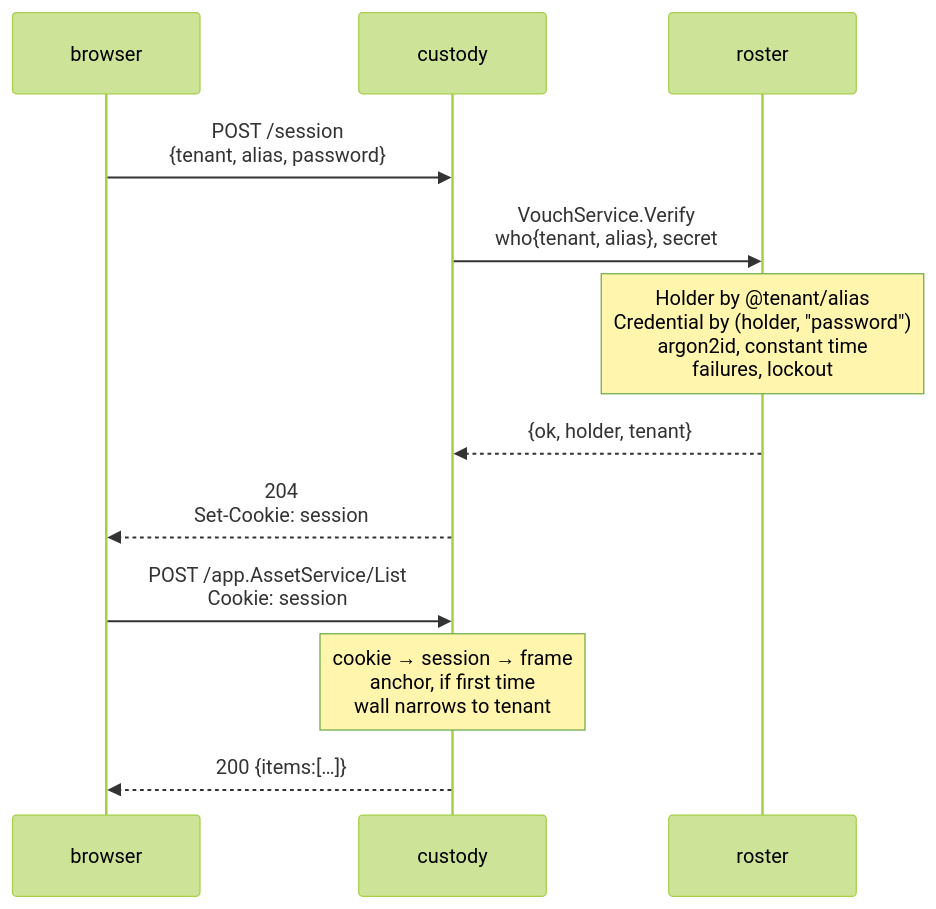
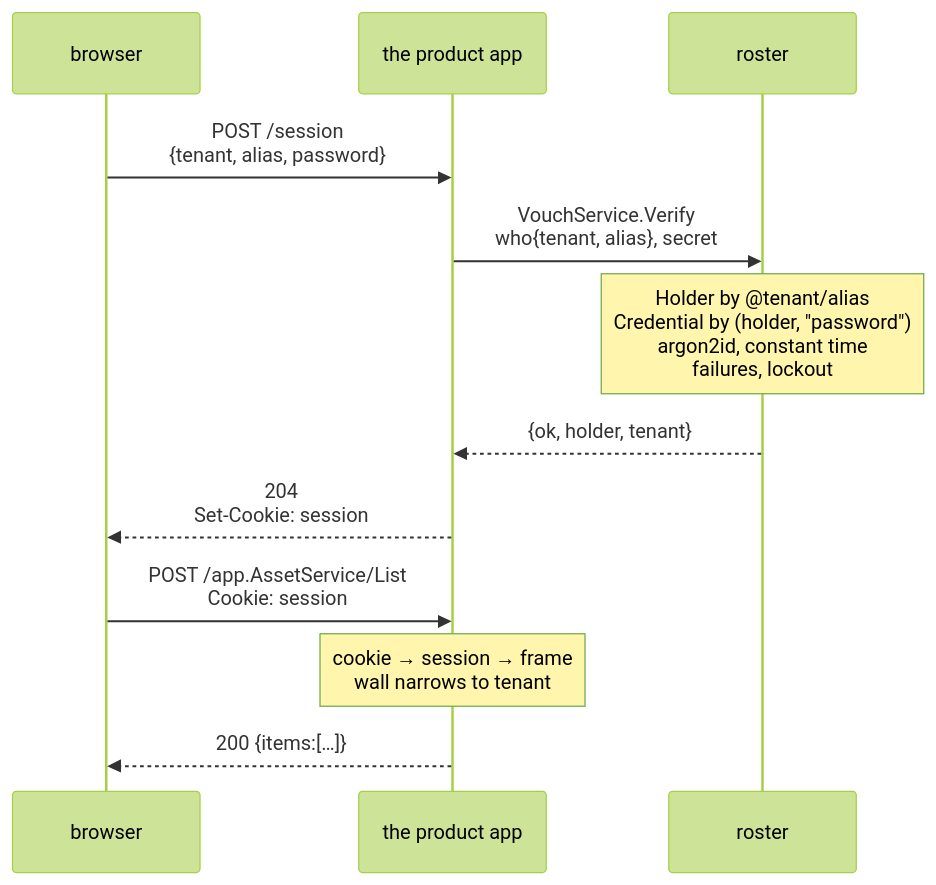
Before and after one commit to lesomnus/roster: the first of 6 diagrams in docs/login.md, drawn with Mermaid (forest theme). The commit also changed other lines of this file and 42 other files, not shown here.

````diff
--- a/docs/login.md
+++ b/docs/login.md
@@ -9,16 +29,16 @@
 ```mermaid
 sequenceDiagram
   participant B as browser
-  participant C as custody
+  participant A as the product app
   participant R as roster
 
-  B->>C: POST /session<br/>{tenant, alias, password}
-  C->>R: VouchService.Verify<br/>who{tenant, alias}, secret
+  B->>A: POST /session<br/>{tenant, alias, password}
+  A->>R: VouchService.Verify<br/>who{tenant, alias}, secret
   Note over R: Holder by @tenant/alias<br/>Credential by (holder, "password")<br/>argon2id, constant time<br/>failures, lockout
-  R-->>C: {ok, holder, tenant}
-  C-->>B: 204<br/>Set-Cookie: session
+  R-->>A: {ok, holder, tenant}
+  A-->>B: 204<br/>Set-Cookie: session
 
-  B->>C: POST /app.AssetService/List<br/>Cookie: session
-  Note over C: cookie → session → frame<br/>anchor, if first time<br/>wall narrows to tenant
-  C-->>B: 200 {items:[…]}
+  B->>A: POST /app.AssetService/List<br/>Cookie: session
+  Note over A: cookie → session → frame<br/>wall narrows to tenant
+  A-->>B: 200 {items:[…]}
 ```
````
